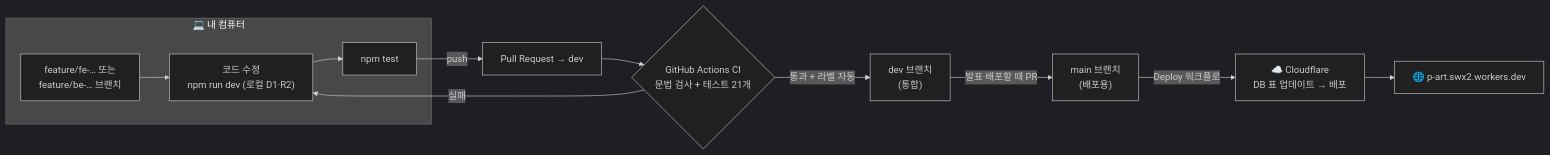
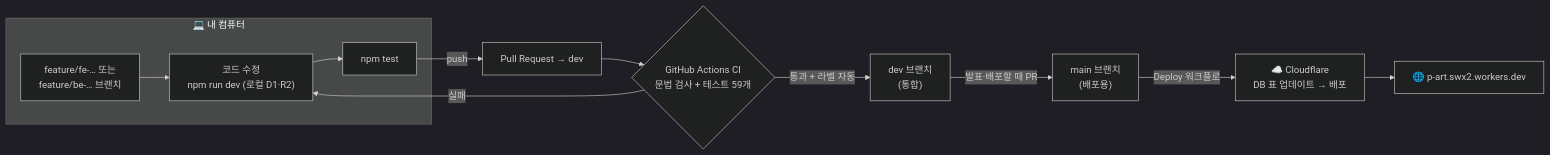
One commit to 10x4hs/p-art changed the eighth of 8 diagrams in docs/WORKFLOW.md. Above: the diagram before and after it, drawn with Mermaid (dark theme). The commit also changed other lines of this file and 5 other files, not shown here.

````diff
--- a/docs/WORKFLOW.md
+++ b/docs/WORKFLOW.md
@@ -237,13 +261,13 @@
 ```mermaid
 flowchart LR
   subgraph LOCAL["💻 내 컴퓨터"]
     BR["feature/fe-… 또는<br/>feature/be-… 브랜치"] --> CODE["코드 수정<br/>npm run dev (로컬 D1·R2)"] --> T["npm test"]
   end
   T -- push --> PR["Pull Request → dev"]
-  PR --> CI{"GitHub Actions CI<br/>문법 검사 + 테스트 21개"}
+  PR --> CI{"GitHub Actions CI<br/>문법 검사 + 테스트 59개"}
   CI -- 실패 --> CODE
   CI -- 통과 + 라벨 자동 --> DEV["dev 브랜치<br/>(통합)"]
   DEV -- "발표·배포할 때 PR" --> MAIN["main 브랜치<br/>(배포용)"]
   MAIN -- "Deploy 워크플로" --> CFD["☁️ Cloudflare<br/>DB 표 업데이트 → 배포"]
   CFD --> LIVE["🌐 p-art.swx2.workers.dev"]
 ```
````
